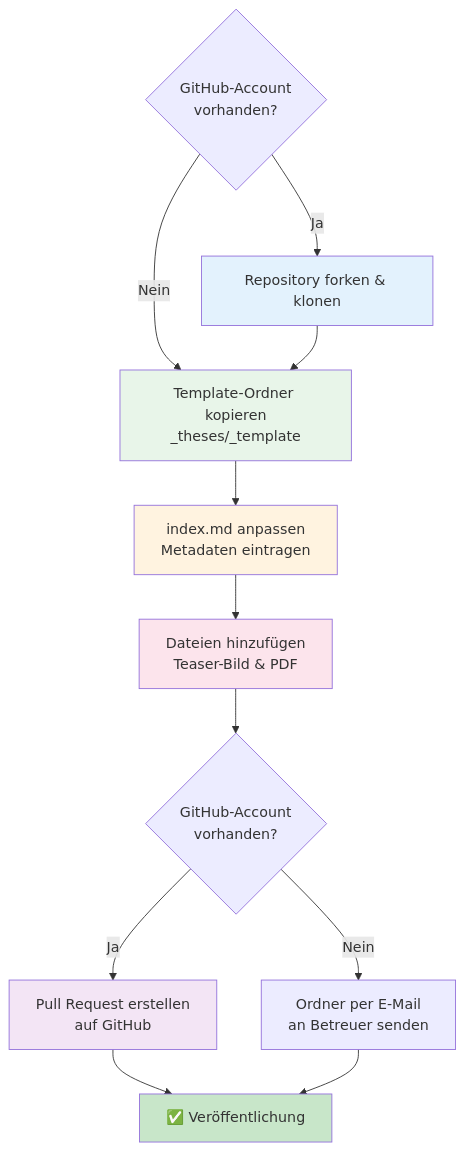
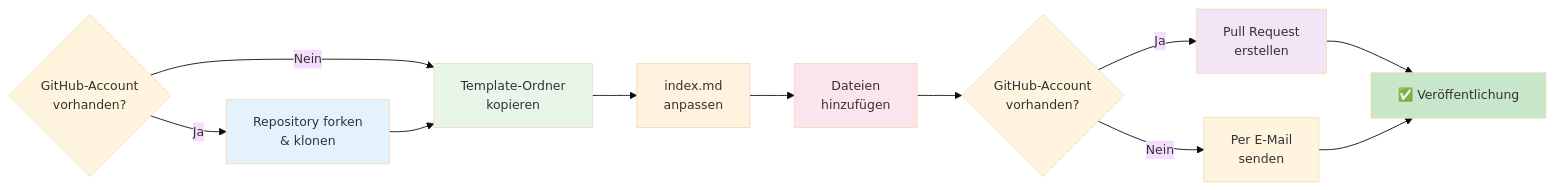
The diagram in README.md (th-koeln/mi-bachelor-abschlussarbeiten), drawn with Mermaid before and after one commit.

Commit message:
docs: update flowchart layout and wording for clarity in submission process

````diff
--- a/README.md
+++ b/README.md
@@ -9,20 +9,21 @@
 ```mermaid
-flowchart TD
-    A{GitHub-Account<br/>vorhanden?} --> |Ja| B[Repository forken & klonen]
-    A -->|Nein| C[Template-Ordner kopieren<br/>_theses/_template]
+%%{init: {'theme':'base', 'themeVariables': { 'fontSize':'14px'}}}%%
+flowchart LR
+    A{GitHub-Account<br/>vorhanden?} --> |Ja| B[Repository forken<br/>& klonen]
+    A -->|Nein| C[Template-Ordner<br/>kopieren]
     B --> C
-    C --> D[index.md anpassen<br/>Metadaten eintragen]
-    D --> E[Dateien hinzufügen<br/>Teaser-Bild & PDF]
+    C --> D[index.md<br/>anpassen]
+    D --> E[Dateien<br/>hinzufügen]
     E --> F{GitHub-Account<br/>vorhanden?}
-    F -->|Ja| G[Pull Request erstellen<br/>auf GitHub]
-    F -->|Nein| H[Ordner per E-Mail<br/>an Betreuer senden]
+    F -->|Ja| G[Pull Request<br/>erstellen]
+    F -->|Nein| H[Per E-Mail<br/>senden]
     G --> I[✅ Veröffentlichung]
     H --> I
     
     style B fill:#e3f2fd
     style C fill:#e8f5e9
     style D fill:#fff3e0
     style E fill:#fce4ec
     style G fill:#f3e5f5
     style I fill:#c8e6c9
 ```
````
